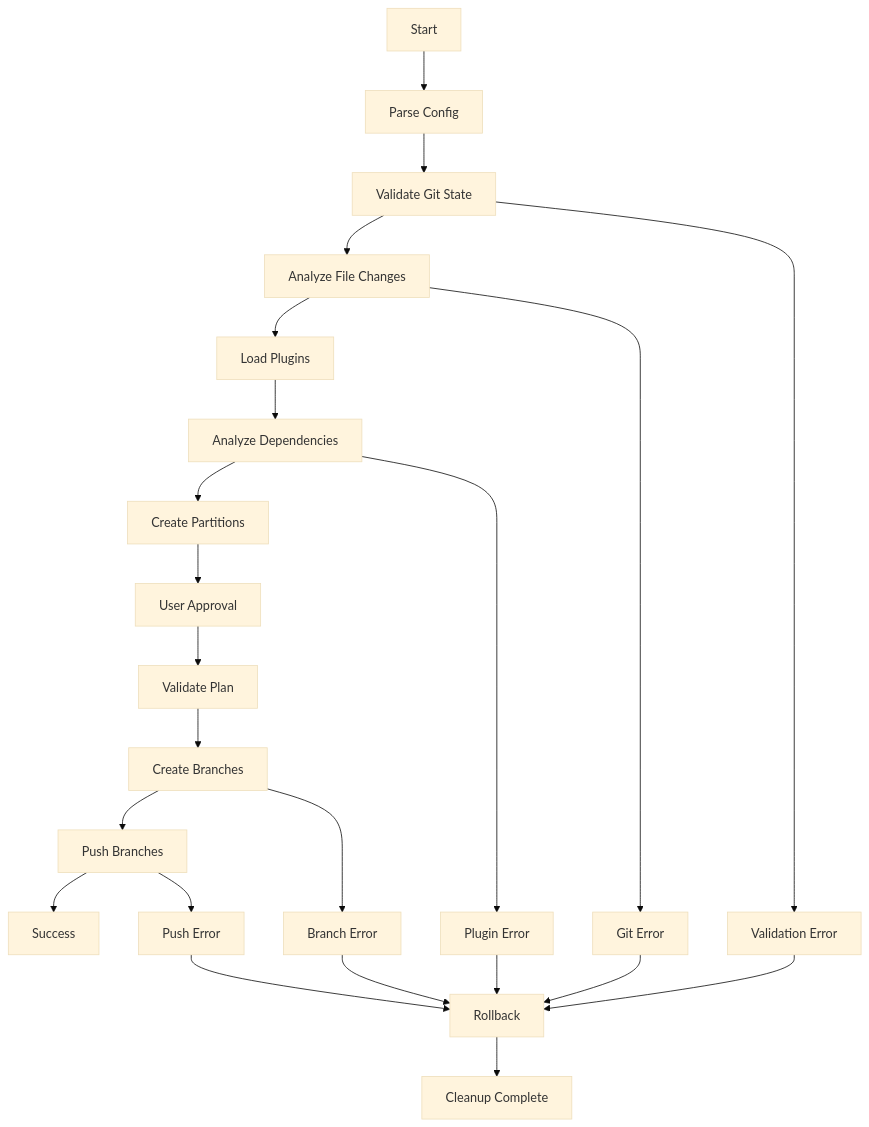
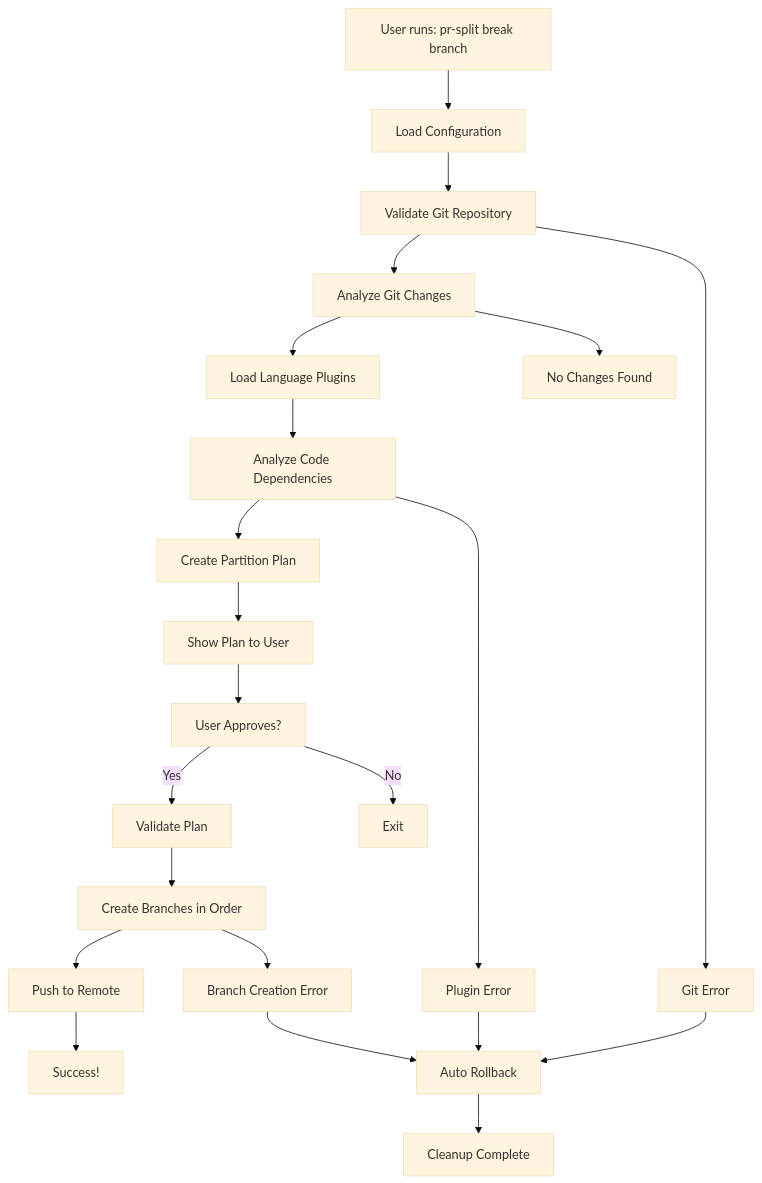
One commit to BhaveshSonalkar/pr-splitter-cli changed the diagram in README.md. Above: the diagram before and after it, drawn with Mermaid (base theme). The commit also changed other lines of this file, not shown here.

````diff
--- a/README.md
+++ b/README.md
@@ -266,27 +336,26 @@
 ```mermaid
 graph TD
-    A[Start] --> B[Parse Config]
-    B --> C[Validate Git State] 
-    C --> D[Analyze File Changes]
-    D --> E[Load Plugins]
-    E --> F[Analyze Dependencies]
-    F --> G[Create Partitions]
-    G --> H[User Approval]
-    H --> I[Validate Plan]
-    I --> J[Create Branches]
-    J --> K[Push Branches]
-    K --> L[Success]
+    A[User runs: pr-split break branch] --> B[Load Configuration]
+    B --> C[Validate Git Repository] 
+    C --> D[Analyze Git Changes]
+    D --> E[Load Language Plugins]
+    E --> F[Analyze Code Dependencies]
+    F --> G[Create Partition Plan]
+    G --> H[Show Plan to User]
+    H --> I[User Approves?]
+    I -->|Yes| J[Validate Plan]
+    I -->|No| K[Exit]
+    J --> L[Create Branches in Order]
+    L --> M[Push to Remote]
+    M --> N[Success!]
     
-    C --> M[Validation Error]
-    D --> N[Git Error] 
-    F --> O[Plugin Error]
-    J --> P[Branch Error]
-    K --> Q[Push Error]
+    C --> O[Git Error]
+    D --> P[No Changes Found]
+    F --> Q[Plugin Error]
+    L --> R[Branch Creation Error]
     
-    M --> R[Rollback]
-    N --> R
-    O --> R
-    P --> R
-    Q --> R
-    R --> S[Cleanup Complete]
+    O --> S[Auto Rollback]
+    Q --> S
+    R --> S
+    S --> T[Cleanup Complete]
 ```
````
